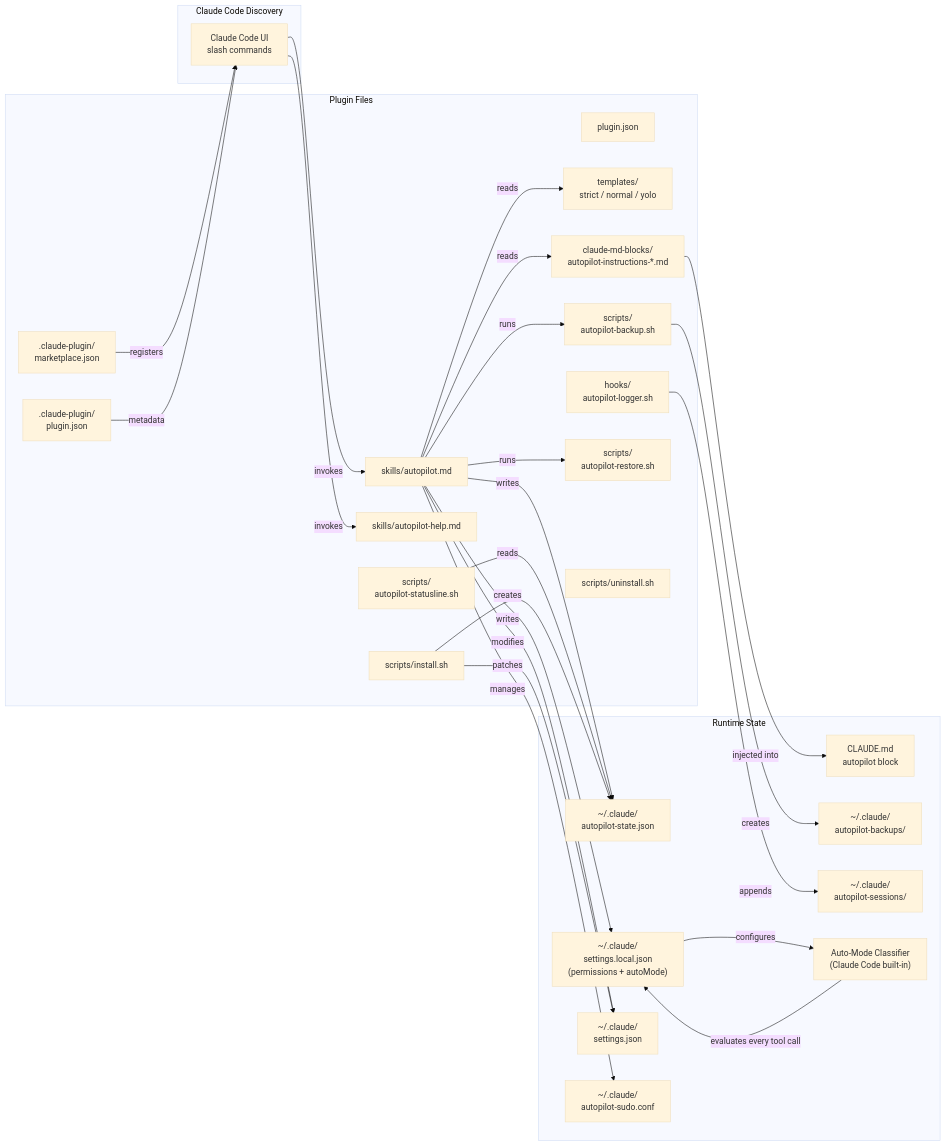
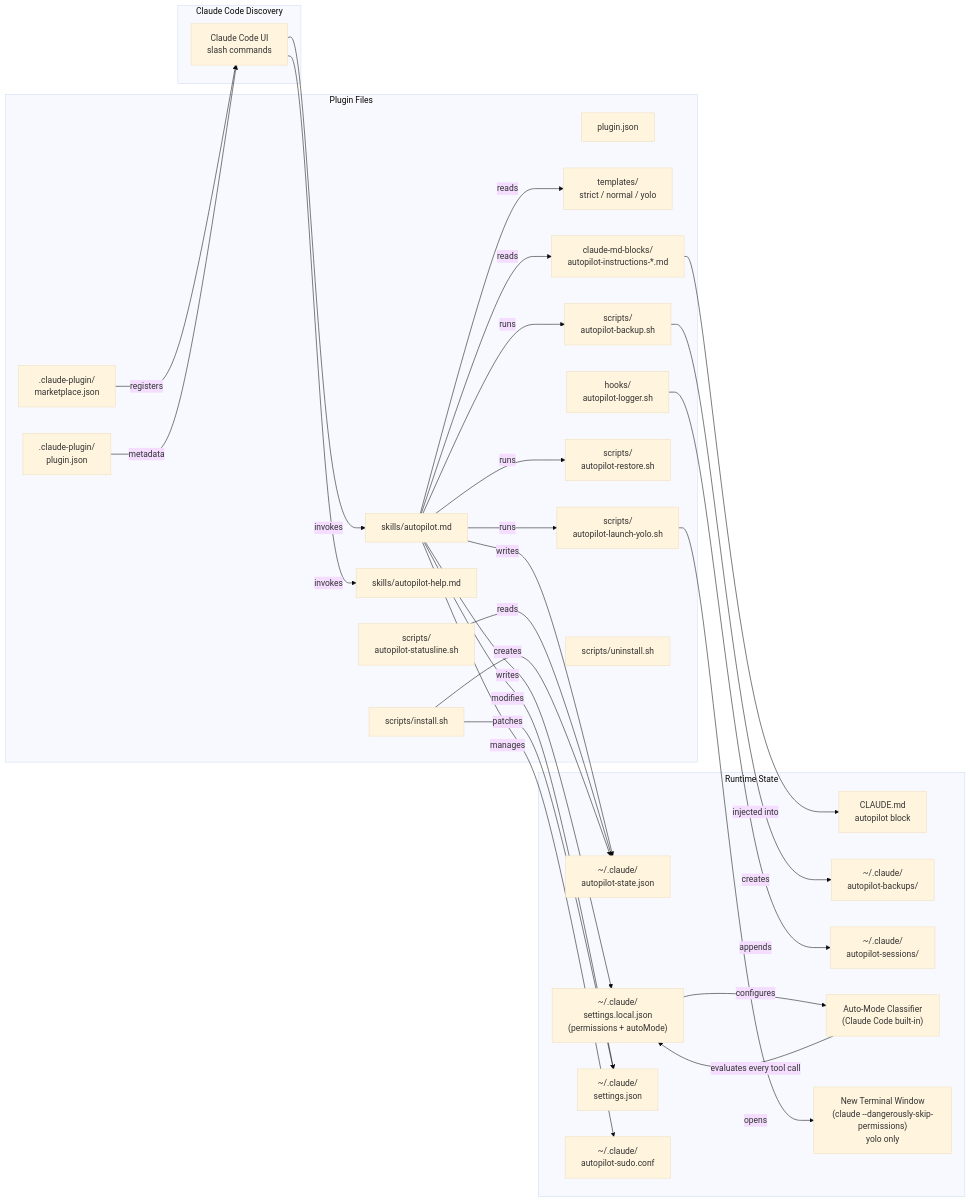
One commit to devjyoti786/autopilot-plugin changed the second of 2 diagrams in README.md. Above: the diagram before and after it, drawn with Mermaid (base theme). The commit also changed other lines of this file, not shown here.

First line of the commit message:
docs: update all diagrams and info for YOLO auto-launch terminal behavior

````diff
--- a/README.md
+++ b/README.md
@@ -365,54 +394,58 @@
 ```mermaid
 graph LR
     subgraph Plugin["Plugin Files"]
         MP[".claude-plugin/<br/>marketplace.json"]
         MPJ[".claude-plugin/<br/>plugin.json"]
         PJ["plugin.json"]
         SK["skills/autopilot.md"]
         SH["skills/autopilot-help.md"]
         TM["templates/<br/>strict / normal / yolo"]
         CB["claude-md-blocks/<br/>autopilot-instructions-*.md"]
         LG["hooks/<br/>autopilot-logger.sh"]
         BK["scripts/<br/>autopilot-backup.sh"]
         RS["scripts/<br/>autopilot-restore.sh"]
+        LY["scripts/<br/>autopilot-launch-yolo.sh"]
         SL["scripts/<br/>autopilot-statusline.sh"]
         IN["scripts/install.sh"]
         UN["scripts/uninstall.sh"]
     end
 
     subgraph Discovery["Claude Code Discovery"]
         CC["Claude Code UI<br/>slash commands"]
     end
 
     subgraph Runtime["Runtime State"]
         ST["~/.claude/<br/>autopilot-state.json"]
         SLC["~/.claude/<br/>settings.local.json<br/>(permissions + autoMode)"]
         SJ["~/.claude/<br/>settings.json"]
         CMD["CLAUDE.md<br/>autopilot block"]
         BKD["~/.claude/<br/>autopilot-backups/"]
         LOG["~/.claude/<br/>autopilot-sessions/"]
         SUP["~/.claude/<br/>autopilot-sudo.conf"]
         CLS["Auto-Mode Classifier<br/>(Claude Code built-in)"]
+        NW["New Terminal Window<br/>(claude --dangerously-skip-permissions)<br/>yolo only"]
     end
 
     MP -- registers --> CC
     MPJ -- metadata --> CC
     CC -- invokes --> SK
     CC -- invokes --> SH
     SK -- reads --> TM
     SK -- reads --> CB
     CB -- injected into --> CMD
     SK -- writes --> SLC
     SK -- runs --> BK
     SK -- runs --> RS
+    SK -- runs --> LY
     SK -- writes --> ST
     SK -- modifies --> SJ
     BK -- creates --> BKD
     LG -- appends --> LOG
     SL -- reads --> ST
     IN -- patches --> SJ
     IN -- creates --> ST
     SK -- manages --> SUP
+    LY -- opens --> NW
     SLC -- configures --> CLS
     CLS -- evaluates every tool call --> SLC
 ```
````
